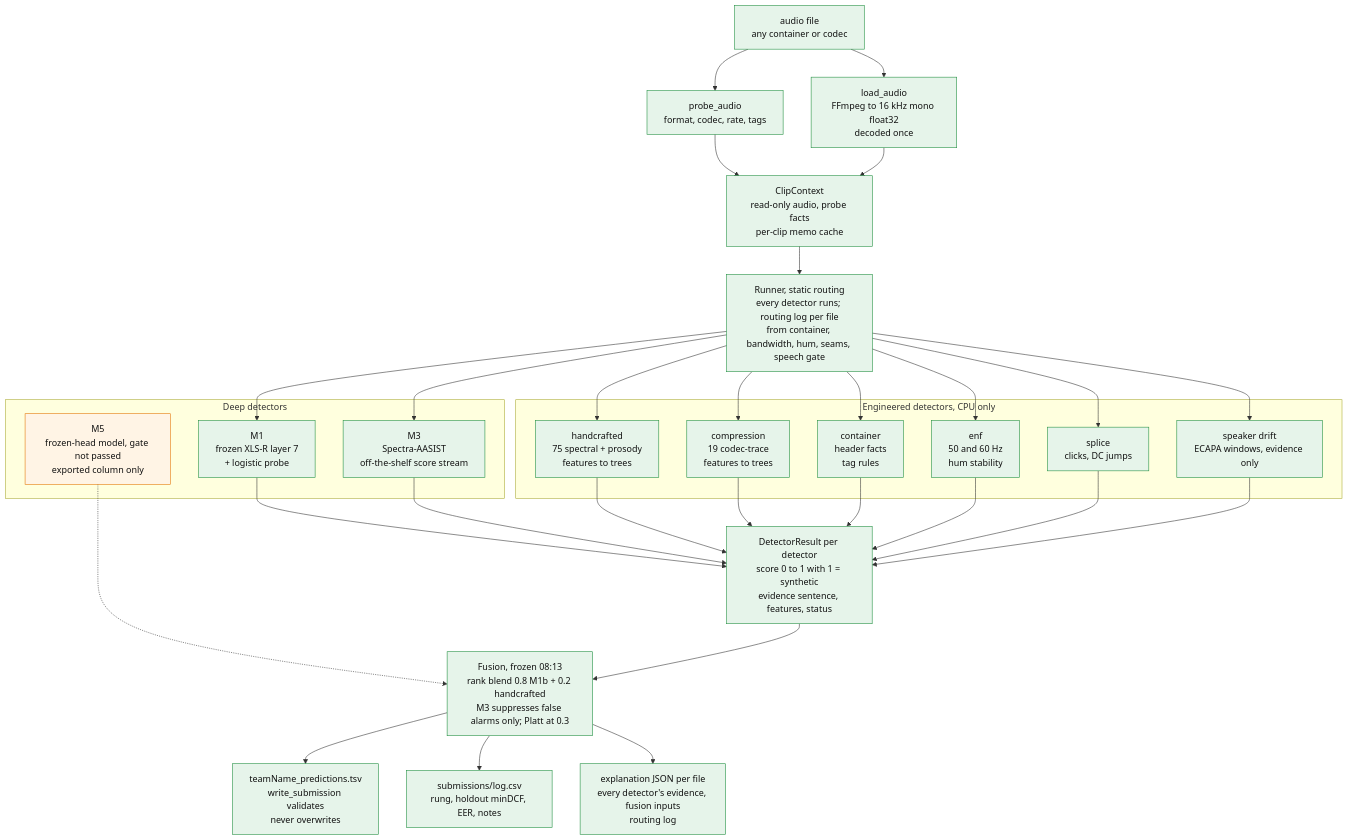
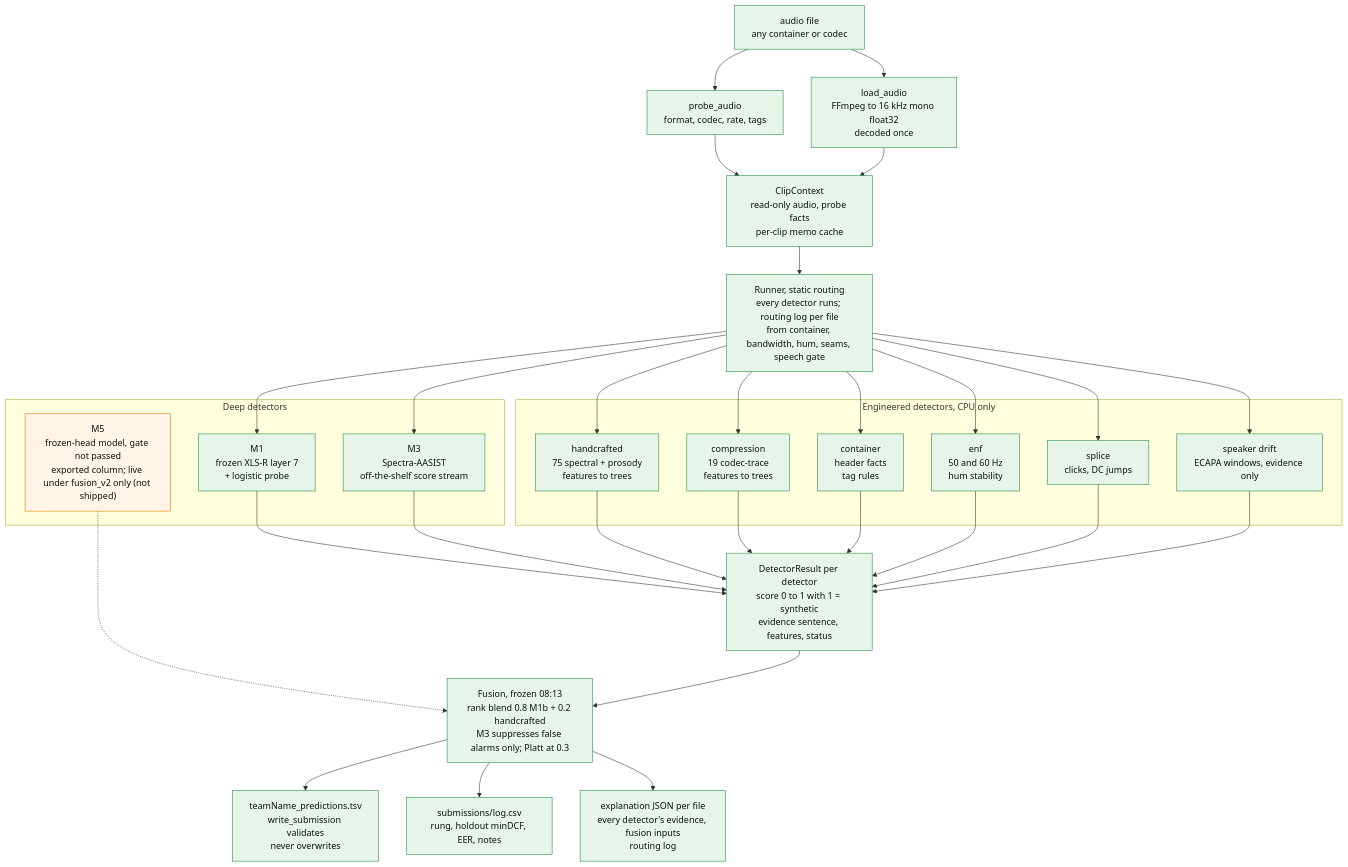
Before and after one commit to nrstough/hearsay: the diagram in docs/img/architecture-flow.mmd, drawn with Mermaid. The commit also changed 6 other files, not shown here.

Commit message:
docs(oversight): M5 is runnable live under the unshipped fusion_v2 (8316e50); STATUS, architecture, diagram, code map and handoffs follow; suite 504

```diff
--- a/docs/img/architecture-flow.mmd
+++ b/docs/img/architecture-flow.mmd
@@ -1,68 +1,68 @@
 flowchart TB
   F["audio file<br/>any container or codec"]
   P["probe_audio<br/>format, codec, rate, tags"]
   L["load_audio<br/>FFmpeg to 16 kHz mono float32<br/>decoded once"]
   C["ClipContext<br/>read-only audio, probe facts<br/>per-clip memo cache"]
   O["Runner, static routing<br/>every detector runs; routing log per file<br/>from container, bandwidth, hum, seams, speech gate"]
   M1["M1<br/>frozen XLS-R layer 7<br/>+ logistic probe"]
   M3["M3<br/>Spectra-AASIST<br/>off-the-shelf score stream"]
-  M5["M5<br/>frozen-head model, gate not passed<br/>exported column only"]
+  M5["M5<br/>frozen-head model, gate not passed<br/>exported column; live under fusion_v2 only (not shipped)"]
   HC["handcrafted<br/>75 spectral + prosody<br/>features to trees"]
   CP["compression<br/>19 codec-trace<br/>features to trees"]
   CT["container<br/>header facts<br/>tag rules"]
   EN["enf<br/>50 and 60 Hz<br/>hum stability"]
   SP["splice<br/>clicks, DC jumps"]
   SD["speaker drift<br/>ECAPA windows, evidence only"]
   R["DetectorResult per detector<br/>score 0 to 1 with 1 = synthetic<br/>evidence sentence, features, status"]
   FU["Fusion, frozen 08:13<br/>rank blend 0.8 M1b + 0.2 handcrafted<br/>M3 suppresses false alarms only; Platt at 0.3"]
   TSV["teamName_predictions.tsv<br/>write_submission validates<br/>never overwrites"]
   LOG["submissions/log.csv<br/>rung, holdout minDCF, EER, notes"]
   EXP["explanation JSON per file<br/>every detector's evidence, fusion inputs<br/>routing log"]
 
   F --> P
   F --> L
   P --> C
   L --> C
   C --> O
   O --> M1
   O --> M3
   O --> HC
   O --> CP
   O --> CT
   O --> EN
   O --> SP
   O --> SD
   M1 --> R
   M3 --> R
   M5 -.-> FU
   HC --> R
   CP --> R
   CT --> R
   EN --> R
   SP --> R
   SD --> R
   R --> FU
   FU --> TSV
   FU --> LOG
   FU --> EXP
 
   subgraph deep["Deep detectors"]
     M1
     M3
     M5
   end
   subgraph eng["Engineered detectors, CPU only"]
     HC
     CP
     CT
     EN
     SP
     SD
   end
 
   classDef built fill:#e6f4ea,stroke:#1e8e3e,color:#111
   classDef flight fill:#fff4e5,stroke:#e37400,color:#111
   classDef planned fill:#f1f3f4,stroke:#5f6368,color:#111,stroke-dasharray:5
   class F,P,L,C,O,M1,HC,CP,CT,EN,SP,SD,R,FU,TSV,LOG,EXP built
   class M3 built
   class M5 flight
```
